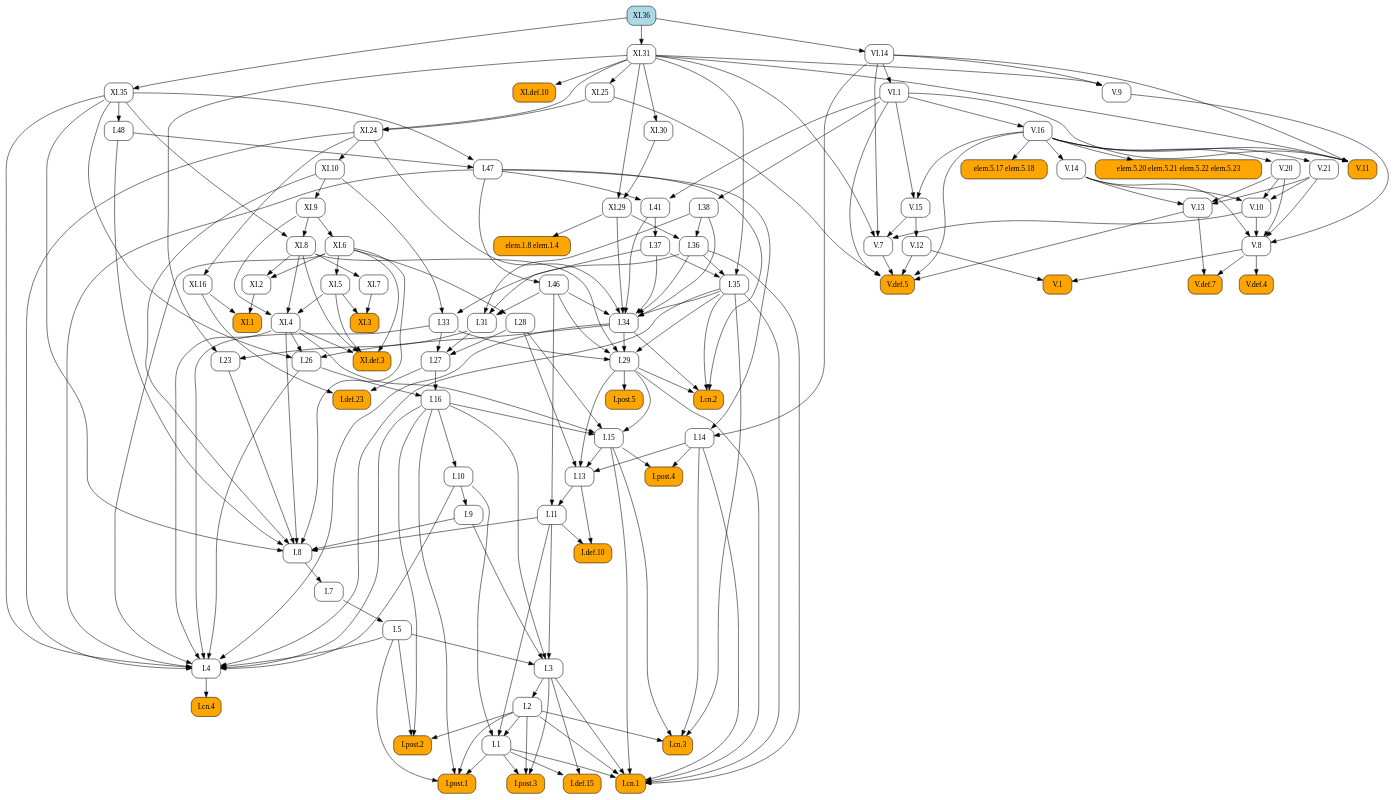
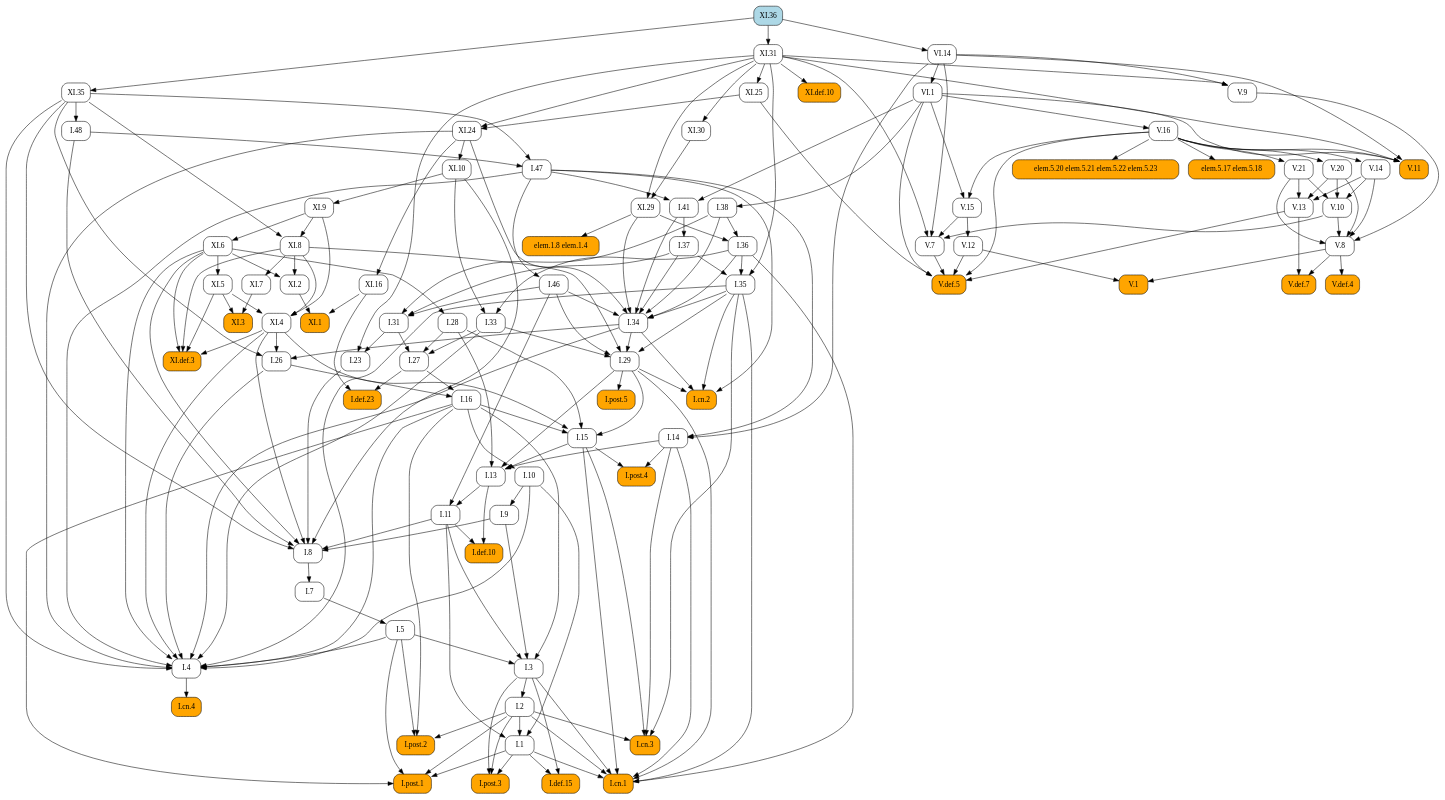
The diagram in docsrc/heath/XI/36/index.rst (geometor/elements), drawn with Graphviz before and after one commit. The commit also changed other lines of this file and 484 other files, not shown here.

```diff
--- a/docsrc/heath/XI/36/index.rst
+++ b/docsrc/heath/XI/36/index.rst
@@ -39,146 +39,137 @@
    digraph {
      rankdir="TB";
      node [shape=box, style=rounded];
+     "I.23" [URL="/heath/I/23/", target="_top"];
+     "I.9" [URL="/heath/I/9/", target="_top"];
+     "I.def.15" [style="rounded,filled", fillcolor=orange, URL="/heath/I/def.15/", target="_top"];
+     "V.13" [URL="/heath/V/13/", target="_top"];
+     "XI.24" [URL="/heath/XI/24/", target="_top"];
+     "V.7" [URL="/heath/V/7/", target="_top"];
+     "elem.5.17 elem.5.18" [style="rounded,filled", fillcolor=orange];
+     "XI.6" [URL="/heath/XI/6/", target="_top"];
+     "I.post.1" [style="rounded,filled", fillcolor=orange, URL="/heath/I/post.1/", target="_top"];
+     "V.14" [URL="/heath/V/14/", target="_top"];
+     "V.9" [URL="/heath/V/9/", target="_top"];
+     "I.31" [URL="/heath/I/31/", target="_top"];
+     "XI.35" [URL="/heath/XI/35/", target="_top"];
      "I.def.10" [style="rounded,filled", fillcolor=orange, URL="/heath/I/def.10/", target="_top"];
+     "V.10" [URL="/heath/V/10/", target="_top"];
+     "XI.def.3" [style="rounded,filled", fillcolor=orange, URL="/heath/XI/def.3/", target="_top"];
+     "VI.1" [URL="/heath/VI/1/", target="_top"];
+     "XI.10" [URL="/heath/XI/10/", target="_top"];
+     "elem.1.8 elem.1.4" [style="rounded,filled", fillcolor=orange];
+     "VI.14" [URL="/heath/VI/14/", target="_top"];
+     "I.14" [URL="/heath/I/14/", target="_top"];
+     "V.11" [style="rounded,filled", fillcolor=orange, URL="/heath/V/11/", target="_top"];
+     "XI.2" [URL="/heath/XI/2/", target="_top"];
+     "I.34" [URL="/heath/I/34/", target="_top"];
+     "XI.7" [URL="/heath/XI/7/", target="_top"];
+     "I.3" [URL="/heath/I/3/", target="_top"];
+     "V.def.4" [style="rounded,filled", fillcolor=orange, URL="/heath/V/def.4/", target="_top"];
+     "V.def.7" [style="rounded,filled", fillcolor=orange, URL="/heath/V/def.7/", target="_top"];
+     "V.21" [URL="/heath/V/21/", target="_top"];
+     "I.2" [URL="/heath/I/2/", target="_top"];
+     "I.13" [URL="/heath/I/13/", target="_top"];
+     "I.post.4" [style="rounded,filled", fillcolor=orange, URL="/heath/I/post.4/", target="_top"];
+     "I.48" [URL="/heath/I/48/", target="_top"];
+     "I.4" [URL="/heath/I/4/", target="_top"];
+     "I.1" [URL="/heath/I/1/", target="_top"];
+     "XI.16" [URL="/heath/XI/16/", target="_top"];
+     "I.8" [URL="/heath/I/8/", target="_top"];
+     "I.29" [URL="/heath/I/29/", target="_top"];
+     "XI.31" [URL="/heath/XI/31/", target="_top"];
+     "XI.5" [URL="/heath/XI/5/", target="_top"];
+     "V.8" [URL="/heath/V/8/", target="_top"];
+     "I.38" [URL="/heath/I/38/", target="_top"];
+     "I.15" [URL="/heath/I/15/", target="_top"];
+     "I.10" [URL="/heath/I/10/", target="_top"];
      "I.11" [URL="/heath/I/11/", target="_top"];
-     "I.post.4" [style="rounded,filled", fillcolor=orange, URL="/heath/I/post.4/", target="_top"];
-     "I.1" [URL="/heath/I/1/", target="_top"];
+     "I.def.23" [style="rounded,filled", fillcolor=orange, URL="/heath/I/def.23/", target="_top"];
+     "XI.1" [style="rounded,filled", fillcolor=orange, URL="/heath/XI/1/", target="_top"];
+     "I.46" [URL="/heath/I/46/", target="_top"];
+     "I.26" [URL="/heath/I/26/", target="_top"];
+     "V.16" [URL="/heath/V/16/", target="_top"];
+     "I.33" [URL="/heath/I/33/", target="_top"];
+     "XI.4" [URL="/heath/XI/4/", target="_top"];
+     "I.47" [URL="/heath/I/47/", target="_top"];
+     "XI.8" [URL="/heath/XI/8/", target="_top"];
+     "I.post.3" [style="rounded,filled", fillcolor=orange, URL="/heath/I/post.3/", target="_top"];
+     "V.def.5" [style="rounded,filled", fillcolor=orange, URL="/heath/V/def.5/", target="_top"];
+     "XI.3" [style="rounded,filled", fillcolor=orange, URL="/heath/XI/3/", target="_top"];
+     "XI.def.10" [style="rounded,filled", fillcolor=orange, URL="/heath/XI/def.10/", target="_top"];
+     "V.20" [URL="/heath/V/20/", target="_top"];
+     "I.27" [URL="/heath/I/27/", target="_top"];
+     "V.12" [URL="/heath/V/12/", target="_top"];
+     "I.35" [URL="/heath/I/35/", target="_top"];
+     "I.cn.1" [style="rounded,filled", fillcolor=orange, URL="/heath/I/cn.1/", target="_top"];
+     "I.7" [URL="/heath/I/7/", target="_top"];
+     "I.36" [URL="/heath/I/36/", target="_top"];
+     "I.5" [URL="/heath/I/5/", target="_top"];
+     "XI.36" [style="rounded,filled", fillcolor=lightblue, URL="/heath/XI/36/", target="_top"];
+     "I.37" [URL="/heath/I/37/", target="_top"];
+     "I.cn.3" [style="rounded,filled", fillcolor=orange, URL="/heath/I/cn.3/", target="_top"];
+     "I.16" [URL="/heath/I/16/", target="_top"];
+     "XI.29" [URL="/heath/XI/29/", target="_top"];
+     "V.1" [style="rounded,filled", fillcolor=orange, URL="/heath/V/1/", target="_top"];
+     "XI.9" [URL="/heath/XI/9/", target="_top"];
+     "I.cn.2" [style="rounded,filled", fillcolor=orange, URL="/heath/I/cn.2/", target="_top"];
+     "I.post.5" [style="rounded,filled", fillcolor=orange, URL="/heath/I/post.5/", target="_top"];
      "I.28" [URL="/heath/I/28/", target="_top"];
-     "XI.7" [URL="/heath/XI/7/", target="_top"];
-     "V.def.5" [style="rounded,filled", fillcolor=orange, URL="/heath/V/def.5/", target="_top"];
-     "XI.9" [URL="/heath/XI/9/", target="_top"];
-     "XI.8" [URL="/heath/XI/8/", target="_top"];
-     "V.11" [style="rounded,filled", fillcolor=orange, URL="/heath/V/11/", target="_top"];
-     "V.13" [URL="/heath/V/13/", target="_top"];
-     "I.47" [URL="/heath/I/47/", target="_top"];
-     "I.post.3" [style="rounded,filled", fillcolor=orange, URL="/heath/I/post.3/", target="_top"];
-     "VI.1" [URL="/heath/VI/1/", target="_top"];
-     "XI.1" [style="rounded,filled", fillcolor=orange, URL="/heath/XI/1/", target="_top"];
-     "I.cn.3" [style="rounded,filled", fillcolor=orange, URL="/heath/I/cn.3/", target="_top"];
+     "I.cn.4" [style="rounded,filled", fillcolor=orange, URL="/heath/I/cn.4/", target="_top"];
+     "V.15" [URL="/heath/V/15/", target="_top"];
+     "I.41" [URL="/heath/I/41/", target="_top"];
+     "I.post.2" [style="rounded,filled", fillcolor=orange, URL="/heath/I/post.2/", target="_top"];
+     "XI.30" [URL="/heath/XI/30/", target="_top"];
+     "elem.5.20 elem.5.21 elem.5.22 elem.5.23" [style="rounded,filled", fillcolor=orange];
      "XI.25" [URL="/heath/XI/25/", target="_top"];
-     "I.14" [URL="/heath/I/14/", target="_top"];
-     "V.16" [URL="/heath/V/16/", target="_top"];
-     "XI.2" [URL="/heath/XI/2/", target="_top"];
-     "XI.16" [URL="/heath/XI/16/", target="_top"];
-     "XI.31" [URL="/heath/XI/31/", target="_top"];
-     "I.36" [URL="/heath/I/36/", target="_top"];
-     "V.8" [URL="/heath/V/8/", target="_top"];
-     "I.41" [URL="/heath/I/41/", target="_top"];
-     "I.37" [URL="/heath/I/37/", target="_top"];
-     "I.34" [URL="/heath/I/34/", target="_top"];
-     "I.27" [URL="/heath/I/27/", target="_top"];
-     "I.2" [URL="/heath/I/2/", target="_top"];
-     "I.def.23" [style="rounded,filled", fillcolor=orange, URL="/heath/I/def.23/", target="_top"];
-     "elem.1.8 elem.1.4" [style="rounded,filled", fillcolor=orange];
-     "I.33" [URL="/heath/I/33/", target="_top"];
-     "XI.35" [URL="/heath/XI/35/", target="_top"];
-     "I.post.2" [style="rounded,filled", fillcolor=orange, URL="/heath/I/post.2/", target="_top"];
-     "I.48" [URL="/heath/I/48/", target="_top"];
-     "elem.5.20 elem.5.21 elem.5.22 elem.5.23" [style="rounded,filled", fillcolor=orange];
-     "I.9" [URL="/heath/I/9/", target="_top"];
-     "V.def.4" [style="rounded,filled", fillcolor=orange, URL="/heath/V/def.4/", target="_top"];
-     "I.cn.4" [style="rounded,filled", fillcolor=orange, URL="/heath/I/cn.4/", target="_top"];
-     "I.15" [URL="/heath/I/15/", target="_top"];
-     "I.38" [URL="/heath/I/38/", target="_top"];
-     "V.def.7" [style="rounded,filled", fillcolor=orange, URL="/heath/V/def.7/", target="_top"];
-     "I.5" [URL="/heath/I/5/", target="_top"];
-     "V.21" [URL="/heath/V/21/", target="_top"];
-     "XI.def.3" [style="rounded,filled", fillcolor=orange, URL="/heath/XI/def.3/", target="_top"];
-     "I.26" [URL="/heath/I/26/", target="_top"];
-     "V.14" [URL="/heath/V/14/", target="_top"];
-     "I.29" [URL="/heath/I/29/", target="_top"];
-     "V.12" [URL="/heath/V/12/", target="_top"];
-     "I.cn.2" [style="rounded,filled", fillcolor=orange, URL="/heath/I/cn.2/", target="_top"];
-     "V.20" [URL="/heath/V/20/", target="_top"];
-     "V.10" [URL="/heath/V/10/", target="_top"];
-     "XI.30" [URL="/heath/XI/30/", target="_top"];
-     "I.def.15" [style="rounded,filled", fillcolor=orange, URL="/heath/I/def.15/", target="_top"];
-     "V.15" [URL="/heath/V/15/", target="_top"];
-     "XI.5" [URL="/heath/XI/5/", target="_top"];
-     "I.cn.1" [style="rounded,filled", fillcolor=orange, URL="/heath/I/cn.1/", target="_top"];
-     "V.7" [URL="/heath/V/7/", target="_top"];
-     "XI.29" [URL="/heath/XI/29/", target="_top"];
-     "V.9" [URL="/heath/V/9/", target="_top"];
-     "I.23" [URL="/heath/I/23/", target="_top"];
-     "I.post.1" [style="rounded,filled", fillcolor=orange, URL="/heath/I/post.1/", target="_top"];
-     "XI.36" [style="rounded,filled", fillcolor=lightblue, URL="/heath/XI/36/", target="_top"];
-     "XI.6" [URL="/heath/XI/6/", target="_top"];
-     "I.35" [URL="/heath/I/35/", target="_top"];
-     "I.46" [URL="/heath/I/46/", target="_top"];
-     "I.7" [URL="/heath/I/7/", target="_top"];
-     "I.3" [URL="/heath/I/3/", target="_top"];
-     "I.4" [URL="/heath/I/4/", target="_top"];
-     "I.13" [URL="/heath/I/13/", target="_top"];
-     "XI.def.10" [style="rounded,filled", fillcolor=orange, URL="/heath/XI/def.10/", target="_top"];
-     "I.31" [URL="/heath/I/31/", target="_top"];
-     "V.1" [style="rounded,filled", fillcolor=orange, URL="/heath/V/1/", target="_top"];
-     "I.16" [URL="/heath/I/16/", target="_top"];
-     "elem.5.17 elem.5.18" [style="rounded,filled", fillcolor=orange];
-     "I.8" [URL="/heath/I/8/", target="_top"];
-     "VI.14" [URL="/heath/VI/14/", target="_top"];
-     "XI.4" [URL="/heath/XI/4/", target="_top"];
-     "XI.24" [URL="/heath/XI/24/", target="_top"];
-     "I.post.5" [style="rounded,filled", fillcolor=orange, URL="/heath/I/post.5/", target="_top"];
-     "I.10" [URL="/heath/I/10/", target="_top"];
-     "XI.10" [URL="/heath/XI/10/", target="_top"];
-     "XI.3" [style="rounded,filled", fillcolor=orange, URL="/heath/XI/3/", target="_top"];
+     "I.31" -> "I.23";
+     "XI.31" -> "I.23";
+     "I.10" -> "I.9";
+     "I.1" -> "I.def.15";
+     "I.3" -> "I.def.15";
+     "V.14" -> "V.13";
+     "V.20" -> "V.13";
+     "V.21" -> "V.13";
+     "XI.25" -> "XI.24";
+     "XI.31" -> "XI.24";
+     "V.10" -> "V.7";
+     "V.15" -> "V.7";
+     "VI.14" -> "V.7";
+     "XI.31" -> "V.7";
+     "V.16" -> "elem.5.17 elem.5.18";
+     "XI.9" -> "XI.6";
+     "I.1" -> "I.post.1";
+     "I.2" -> "I.post.1";
+     "I.5" -> "I.post.1";
+     "I.16" -> "I.post.1";
+     "V.16" -> "V.14";
+     "VI.14" -> "V.9";
+     "XI.31" -> "V.9";
+     "I.37" -> "I.31";
+     "I.38" -> "I.31";
+     "I.46" -> "I.31";
+     "XI.36" -> "XI.35";
      "I.11" -> "I.def.10";
      "I.13" -> "I.def.10";
-     "I.13" -> "I.11";
-     "I.46" -> "I.11";
-     "I.14" -> "I.post.4";
-     "I.15" -> "I.post.4";
-     "I.2" -> "I.1";
-     "I.10" -> "I.1";
-     "I.11" -> "I.1";
-     "XI.6" -> "I.28";
-     "XI.8" -> "XI.7";
-     "V.7" -> "V.def.5";
-     "V.12" -> "V.def.5";
-     "V.13" -> "V.def.5";
-     "V.16" -> "V.def.5";
-     "VI.1" -> "V.def.5";
-     "XI.25" -> "V.def.5";
-     "XI.10" -> "XI.9";
-     "XI.9" -> "XI.8";
-     "XI.35" -> "XI.8";
+     "V.14" -> "V.10";
+     "V.20" -> "V.10";
+     "V.21" -> "V.10";
+     "XI.4" -> "XI.def.3";
+     "XI.5" -> "XI.def.3";
+     "XI.6" -> "XI.def.3";
+     "XI.8" -> "XI.def.3";
+     "VI.14" -> "VI.1";
+     "XI.24" -> "XI.10";
+     "XI.29" -> "elem.1.8 elem.1.4";
+     "XI.36" -> "VI.14";
+     "I.47" -> "I.14";
+     "VI.14" -> "I.14";
      "V.16" -> "V.11";
      "VI.1" -> "V.11";
      "VI.14" -> "V.11";
      "XI.31" -> "V.11";
-     "V.14" -> "V.13";
-     "V.20" -> "V.13";
-     "V.21" -> "V.13";
-     "I.48" -> "I.47";
-     "XI.35" -> "I.47";
-     "I.1" -> "I.post.3";
-     "I.2" -> "I.post.3";
-     "I.3" -> "I.post.3";
-     "VI.14" -> "VI.1";
-     "XI.2" -> "XI.1";
-     "XI.16" -> "XI.1";
-     "I.2" -> "I.cn.3";
-     "I.14" -> "I.cn.3";
-     "I.15" -> "I.cn.3";
-     "I.35" -> "I.cn.3";
-     "XI.31" -> "XI.25";
-     "I.47" -> "I.14";
-     "VI.14" -> "I.14";
-     "VI.1" -> "V.16";
      "XI.6" -> "XI.2";
      "XI.8" -> "XI.2";
-     "XI.24" -> "XI.16";
-     "XI.36" -> "XI.31";
-     "I.38" -> "I.36";
-     "XI.29" -> "I.36";
-     "V.9" -> "V.8";
-     "V.10" -> "V.8";
-     "V.14" -> "V.8";
-     "V.20" -> "V.8";
-     "V.21" -> "V.8";
-     "I.47" -> "I.41";
-     "VI.1" -> "I.41";
-     "I.41" -> "I.37";
      "I.35" -> "I.34";
      "I.36" -> "I.34";
      "I.37" -> "I.34";
@@ -187,93 +178,23 @@
      "I.46" -> "I.34";
      "XI.24" -> "I.34";
      "XI.29" -> "I.34";
-     "I.28" -> "I.27";
-     "I.31" -> "I.27";
-     "I.33" -> "I.27";
-     "I.3" -> "I.2";
-     "I.27" -> "I.def.23";
-     "XI.16" -> "I.def.23";
-     "XI.29" -> "elem.1.8 elem.1.4";
-     "I.36" -> "I.33";
-     "XI.10" -> "I.33";
-     "XI.36" -> "XI.35";
-     "I.2" -> "I.post.2";
-     "I.5" -> "I.post.2";
-     "I.16" -> "I.post.2";
-     "XI.35" -> "I.48";
-     "V.16" -> "elem.5.20 elem.5.21 elem.5.22 elem.5.23";
-     "I.10" -> "I.9";
-     "V.8" -> "V.def.4";
-     "I.4" -> "I.cn.4";
-     "I.16" -> "I.15";
-     "I.28" -> "I.15";
-     "I.29" -> "I.15";
-     "XI.4" -> "I.15";
-     "VI.1" -> "I.38";
-     "V.8" -> "V.def.7";
-     "V.13" -> "V.def.7";
-     "I.7" -> "I.5";
-     "V.16" -> "V.21";
-     "XI.4" -> "XI.def.3";
-     "XI.5" -> "XI.def.3";
-     "XI.6" -> "XI.def.3";
-     "XI.8" -> "XI.def.3";
-     "I.34" -> "I.26";
-     "XI.4" -> "I.26";
-     "XI.35" -> "I.26";
-     "V.16" -> "V.14";
-     "I.33" -> "I.29";
-     "I.34" -> "I.29";
-     "I.35" -> "I.29";
-     "I.46" -> "I.29";
-     "XI.8" -> "I.29";
-     "V.15" -> "V.12";
-     "I.29" -> "I.cn.2";
-     "I.34" -> "I.cn.2";
-     "I.35" -> "I.cn.2";
-     "I.47" -> "I.cn.2";
-     "V.16" -> "V.20";
-     "V.14" -> "V.10";
-     "V.20" -> "V.10";
-     "V.21" -> "V.10";
-     "XI.31" -> "XI.30";
-     "I.1" -> "I.def.15";
-     "I.3" -> "I.def.15";
-     "V.16" -> "V.15";
-     "VI.1" -> "V.15";
-     "XI.6" -> "XI.5";
-     "I.1" -> "I.cn.1";
-     "I.2" -> "I.cn.1";
-     "I.3" -> "I.cn.1";
-     "I.14" -> "I.cn.1";
-     "I.15" -> "I.cn.1";
-     "I.29" -> "I.cn.1";
-     "I.35" -> "I.cn.1";
-     "I.36" -> "I.cn.1";
-     "V.10" -> "V.7";
-     "V.15" -> "V.7";
-     "VI.14" -> "V.7";
-     "XI.31" -> "V.7";
-     "XI.30" -> "XI.29";
-     "XI.31" -> "XI.29";
-     "VI.14" -> "V.9";
-     "XI.31" -> "V.9";
-     "I.31" -> "I.23";
-     "XI.31" -> "I.23";
-     "I.1" -> "I.post.1";
-     "I.2" -> "I.post.1";
-     "I.5" -> "I.post.1";
-     "I.16" -> "I.post.1";
-     "XI.9" -> "XI.6";
-     "I.36" -> "I.35";
-     "I.37" -> "I.35";
-     "XI.31" -> "I.35";
-     "I.47" -> "I.46";
-     "I.8" -> "I.7";
+     "XI.8" -> "XI.7";
      "I.5" -> "I.3";
      "I.9" -> "I.3";
      "I.11" -> "I.3";
      "I.16" -> "I.3";
+     "V.8" -> "V.def.4";
+     "V.8" -> "V.def.7";
+     "V.13" -> "V.def.7";
+     "V.16" -> "V.21";
+     "I.3" -> "I.2";
+     "I.14" -> "I.13";
+     "I.15" -> "I.13";
+     "I.28" -> "I.13";
+     "I.29" -> "I.13";
+     "I.14" -> "I.post.4";
+     "I.15" -> "I.post.4";
+     "XI.35" -> "I.48";
      "I.5" -> "I.4";
      "I.10" -> "I.4";
      "I.16" -> "I.4";
@@ -286,19 +207,10 @@
      "XI.6" -> "I.4";
      "XI.24" -> "I.4";
      "XI.35" -> "I.4";
-     "I.14" -> "I.13";
-     "I.15" -> "I.13";
-     "I.28" -> "I.13";
-     "I.29" -> "I.13";
-     "XI.31" -> "XI.def.10";
-     "I.37" -> "I.31";
-     "I.38" -> "I.31";
-     "I.46" -> "I.31";
-     "V.8" -> "V.1";
-     "V.12" -> "V.1";
-     "I.26" -> "I.16";
-     "I.27" -> "I.16";
-     "V.16" -> "elem.5.17 elem.5.18";
+     "I.2" -> "I.1";
+     "I.10" -> "I.1";
+     "I.11" -> "I.1";
+     "XI.24" -> "XI.16";
      "I.9" -> "I.8";
      "I.11" -> "I.8";
      "I.23" -> "I.8";
@@ -307,15 +219,103 @@
      "XI.6" -> "I.8";
      "XI.10" -> "I.8";
      "XI.35" -> "I.8";
-     "XI.36" -> "VI.14";
+     "I.33" -> "I.29";
+     "I.34" -> "I.29";
+     "I.35" -> "I.29";
+     "I.46" -> "I.29";
+     "XI.8" -> "I.29";
+     "XI.36" -> "XI.31";
+     "XI.6" -> "XI.5";
+     "V.9" -> "V.8";
+     "V.10" -> "V.8";
+     "V.14" -> "V.8";
+     "V.20" -> "V.8";
+     "V.21" -> "V.8";
+     "VI.1" -> "I.38";
+     "I.16" -> "I.15";
+     "I.28" -> "I.15";
+     "I.29" -> "I.15";
+     "XI.4" -> "I.15";
+     "I.16" -> "I.10";
+     "I.13" -> "I.11";
+     "I.46" -> "I.11";
+     "I.27" -> "I.def.23";
+     "XI.16" -> "I.def.23";
+     "XI.2" -> "XI.1";
+     "XI.16" -> "XI.1";
+     "I.47" -> "I.46";
+     "I.34" -> "I.26";
+     "XI.4" -> "I.26";
+     "XI.35" -> "I.26";
+     "VI.1" -> "V.16";
+     "I.36" -> "I.33";
+     "XI.10" -> "I.33";
      "XI.5" -> "XI.4";
      "XI.8" -> "XI.4";
      "XI.9" -> "XI.4";
-     "XI.25" -> "XI.24";
-     "XI.31" -> "XI.24";
-     "I.29" -> "I.post.5";
-     "I.16" -> "I.10";
-     "XI.24" -> "XI.10";
+     "I.48" -> "I.47";
+     "XI.35" -> "I.47";
+     "XI.9" -> "XI.8";
+     "XI.35" -> "XI.8";
+     "I.1" -> "I.post.3";
+     "I.2" -> "I.post.3";
+     "I.3" -> "I.post.3";
+     "V.7" -> "V.def.5";
+     "V.12" -> "V.def.5";
+     "V.13" -> "V.def.5";
+     "V.16" -> "V.def.5";
+     "VI.1" -> "V.def.5";
+     "XI.25" -> "V.def.5";
      "XI.5" -> "XI.3";
      "XI.7" -> "XI.3";
+     "XI.31" -> "XI.def.10";
+     "V.16" -> "V.20";
+     "I.28" -> "I.27";
+     "I.31" -> "I.27";
+     "I.33" -> "I.27";
+     "V.15" -> "V.12";
+     "I.36" -> "I.35";
+     "I.37" -> "I.35";
+     "XI.31" -> "I.35";
+     "I.1" -> "I.cn.1";
+     "I.2" -> "I.cn.1";
+     "I.3" -> "I.cn.1";
+     "I.14" -> "I.cn.1";
+     "I.15" -> "I.cn.1";
+     "I.29" -> "I.cn.1";
+     "I.35" -> "I.cn.1";
+     "I.36" -> "I.cn.1";
+     "I.8" -> "I.7";
+     "I.38" -> "I.36";
+     "XI.29" -> "I.36";
+     "I.7" -> "I.5";
+     "I.41" -> "I.37";
+     "I.2" -> "I.cn.3";
+     "I.14" -> "I.cn.3";
+     "I.15" -> "I.cn.3";
+     "I.35" -> "I.cn.3";
+     "I.26" -> "I.16";
+     "I.27" -> "I.16";
+     "XI.30" -> "XI.29";
+     "XI.31" -> "XI.29";
+     "V.8" -> "V.1";
+     "V.12" -> "V.1";
+     "XI.10" -> "XI.9";
+     "I.29" -> "I.cn.2";
+     "I.34" -> "I.cn.2";
+     "I.35" -> "I.cn.2";
+     "I.47" -> "I.cn.2";
+     "I.29" -> "I.post.5";
+     "XI.6" -> "I.28";
+     "I.4" -> "I.cn.4";
+     "V.16" -> "V.15";
+     "VI.1" -> "V.15";
+     "I.47" -> "I.41";
+     "VI.1" -> "I.41";
+     "I.2" -> "I.post.2";
+     "I.5" -> "I.post.2";
+     "I.16" -> "I.post.2";
+     "XI.31" -> "XI.30";
+     "V.16" -> "elem.5.20 elem.5.21 elem.5.22 elem.5.23";
+     "XI.31" -> "XI.25";
    }
```
